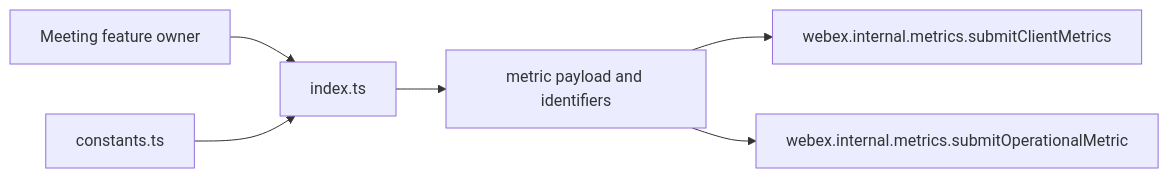
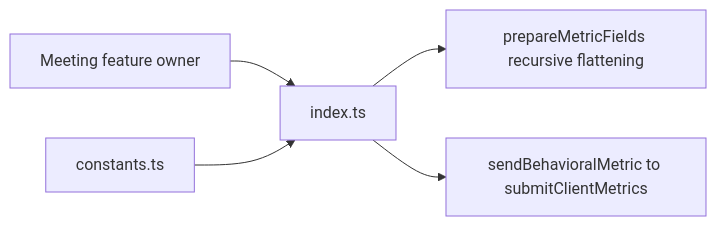
One commit to webex/webex-js-sdk changed the first of 4 diagrams in packages/@webex/plugin-meetings/src/metrics/ai-docs/metrics-spec.md. Above: the diagram before and after it, drawn with Mermaid. The commit also changed other lines of this file and 24 other files, not shown here.

````diff
--- a/packages/@webex/plugin-meetings/src/metrics/ai-docs/metrics-spec.md
+++ b/packages/@webex/plugin-meetings/src/metrics/ai-docs/metrics-spec.md
@@ -96,8 +96,7 @@
 ```mermaid
 flowchart LR
   Owner[Meeting feature owner] --> Metrics[index.ts]
   Constants[constants.ts] --> Metrics
-  Metrics --> Normalize[metric payload and identifiers]
-  Normalize --> Behavioral[webex.internal.metrics.submitClientMetrics]
-  Normalize --> Operational[webex.internal.metrics.submitOperationalMetric]
+  Metrics --> Flatten[prepareMetricFields recursive flattening]
+  Metrics --> Behavioral[sendBehavioralMetric to submitClientMetrics]
 ```
````
